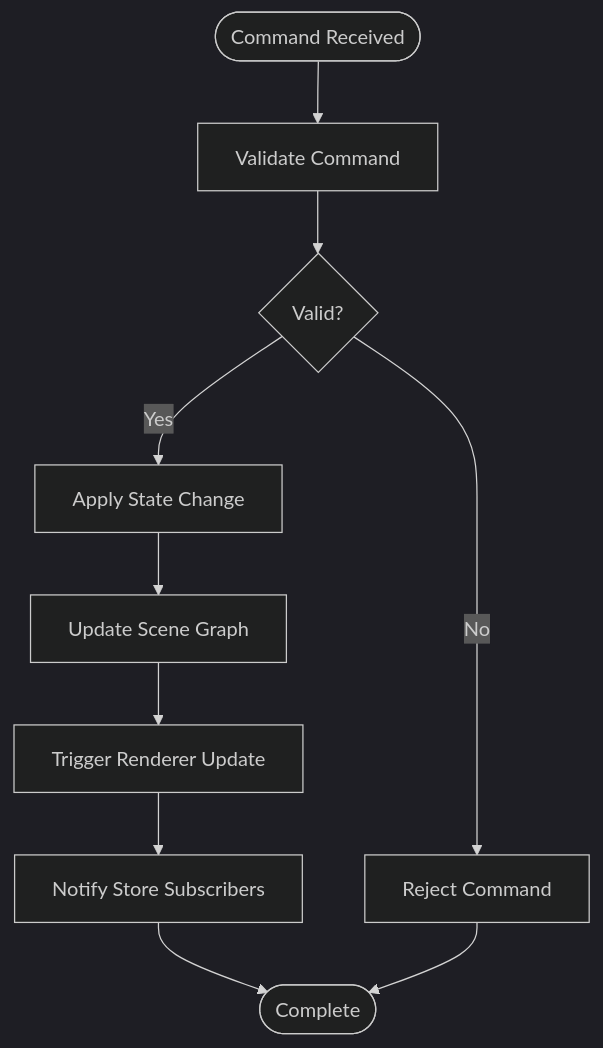
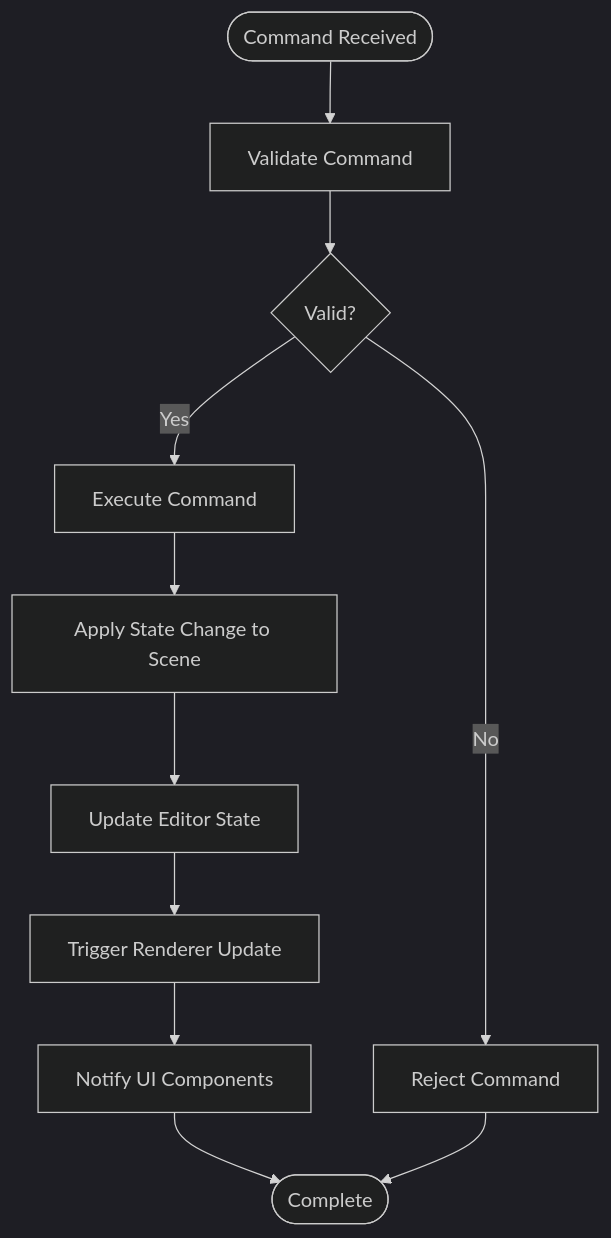
Before and after one commit to Anna0314zy/ai_editor_enginer: the third of 7 diagrams in .qoder/repowiki/en/content/State Management.md, drawn with Mermaid (dark theme). The commit also changed other lines of this file and 41 other files, not shown here.

````diff
--- a/.qoder/repowiki/en/content/State Management.md
+++ b/.qoder/repowiki/en/content/State Management.md
@@ -154,12 +174,13 @@
 ```mermaid
 flowchart TD
 Start([Command Received]) --> Validate["Validate Command"]
 Validate --> Valid{"Valid?"}
 Valid --> |No| Reject["Reject Command"]
-Valid --> |Yes| Apply["Apply State Change"]
-Apply --> UpdateScene["Update Scene Graph"]
-UpdateScene --> TriggerRender["Trigger Renderer Update"]
-TriggerRender --> NotifySubscribers["Notify Store Subscribers"]
+Valid --> |Yes| Execute["Execute Command"]
+Execute --> Apply["Apply State Change to Scene"]
+Apply --> UpdateEditor["Update Editor State"]
+UpdateEditor --> TriggerRender["Trigger Renderer Update"]
+TriggerRender --> NotifySubscribers["Notify UI Components"]
 NotifySubscribers --> End([Complete])
 Reject --> End
 ```
````
